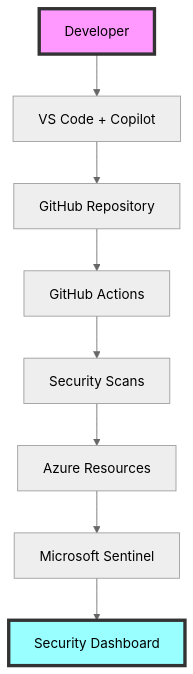
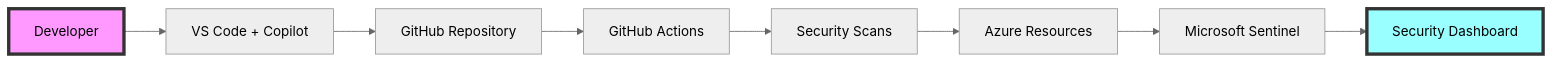
The diagram in README.md (paulasilvatech/Secure-Code-AI-Dev), drawn with Mermaid (neutral theme) before and after one commit. The commit also changed other lines of this file and 2 other files, not shown here.

````diff
--- a/README.md
+++ b/README.md
@@ -68,13 +134,13 @@
 ```mermaid
-graph TB
+graph LR
     A[Developer] --> B[VS Code + Copilot]
     B --> C[GitHub Repository]
     C --> D[GitHub Actions]
     D --> E[Security Scans]
     E --> F[Azure Resources]
     F --> G[Microsoft Sentinel]
     G --> H[Security Dashboard]
     
     style A fill:#f9f,stroke:#333,stroke-width:4px
     style H fill:#9ff,stroke:#333,stroke-width:4px
 ```
````
